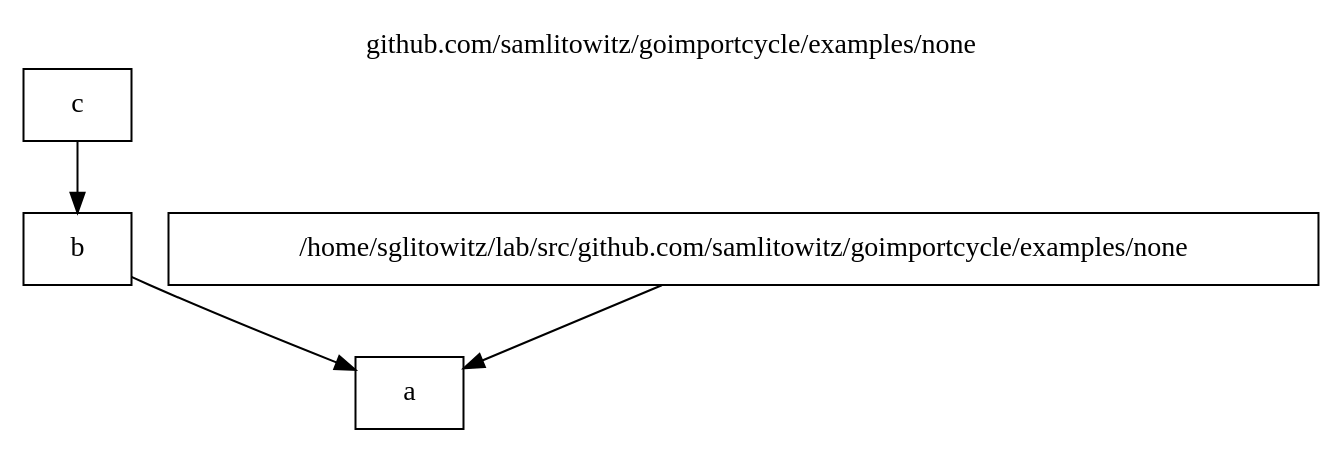
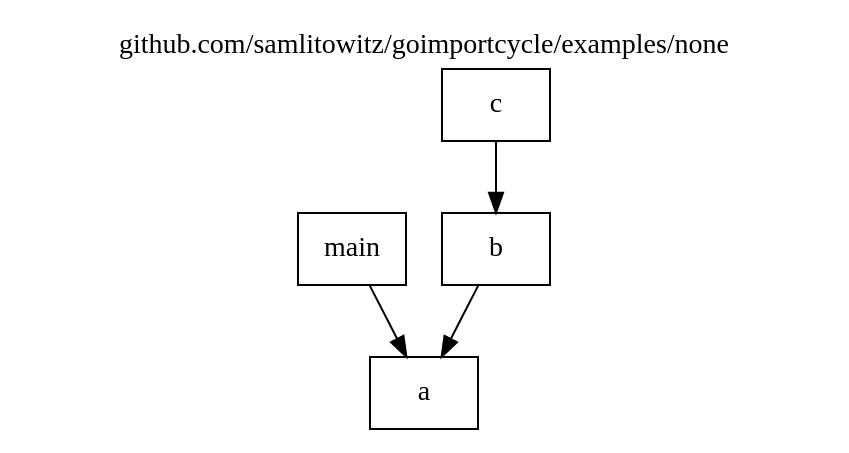
The diagram in assets/examples/none/package.dot (samlitowitz/goimportcycle), drawn with Graphviz before and after one commit. The commit also changed 19 other files, not shown here.

```diff
--- a/assets/examples/none/package.dot
+++ b/assets/examples/none/package.dot
@@ -1,15 +1,15 @@
 
 digraph {
 	labelloc="t";
 	label="github.com/samlitowitz/goimportcycle/examples/none";
 	rankdir="TB";
 	node [shape="rect"];
 
-	pkg_c [label="c", style="filled", fontcolor="#000000", fillcolor="#ffffff"];
-	pkg_main [label="/home/sglitowitz/lab/src/github.com/samlitowitz/goimportcycle/examples/none", style="filled", fontcolor="#000000", fillcolor="#ffffff"];
+	pkg_main [label="main", style="filled", fontcolor="#000000", fillcolor="#ffffff"];
 	pkg_a [label="a", style="filled", fontcolor="#000000", fillcolor="#ffffff"];
 	pkg_b [label="b", style="filled", fontcolor="#000000", fillcolor="#ffffff"];
-	pkg_c -> pkg_b [color="#000000"];
+	pkg_c [label="c", style="filled", fontcolor="#000000", fillcolor="#ffffff"];
 	pkg_main -> pkg_a [color="#000000"];
 	pkg_b -> pkg_a [color="#000000"];
+	pkg_c -> pkg_b [color="#000000"];
 }
```
